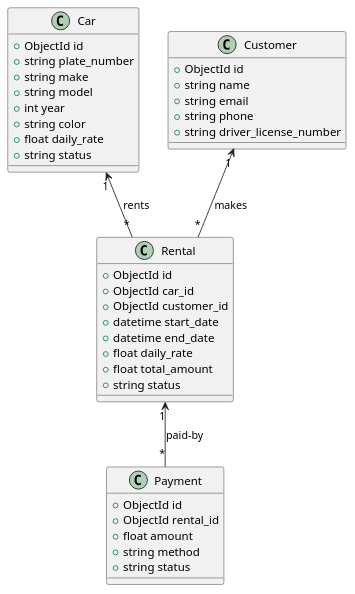
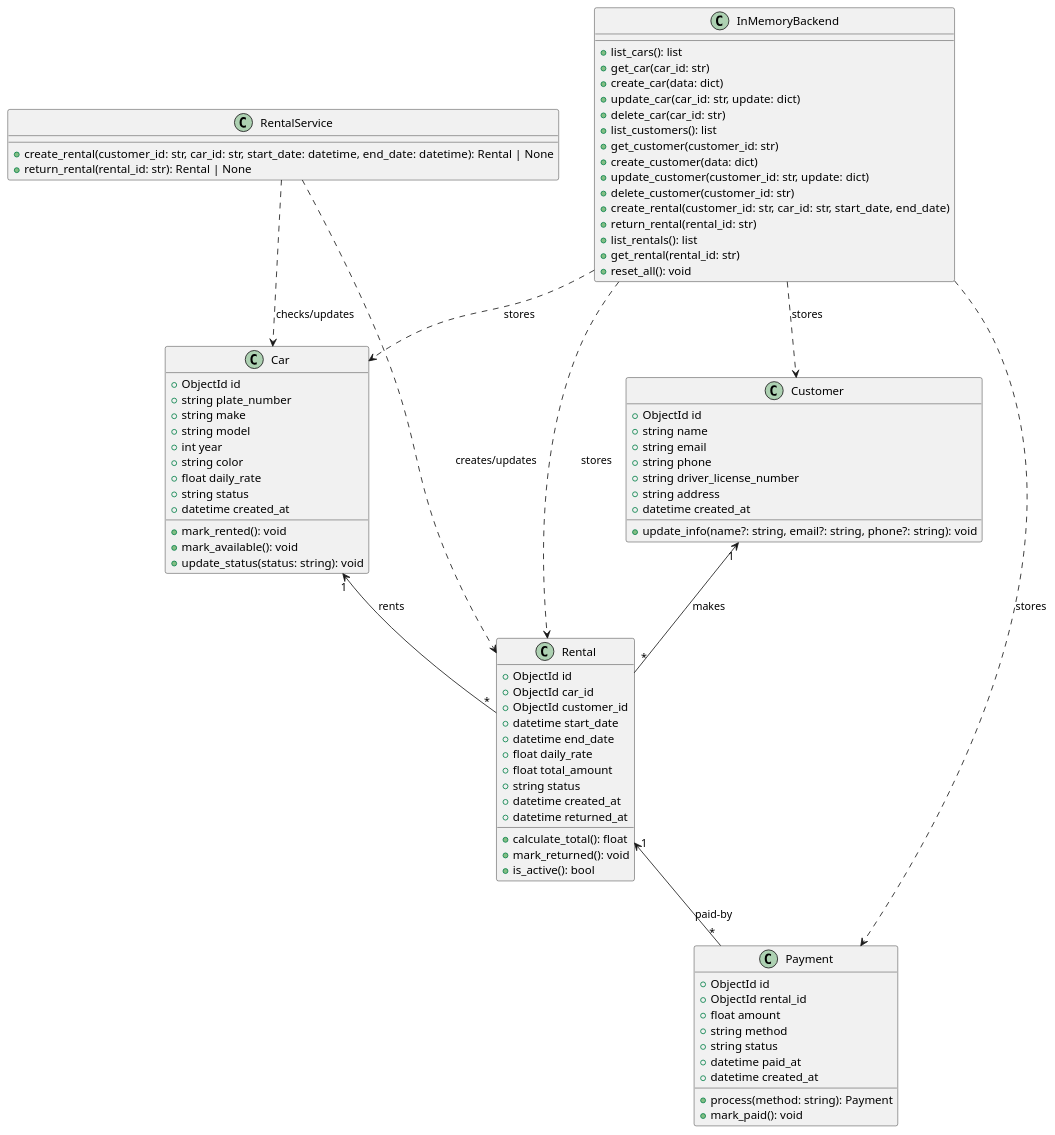
The diagram in docs/class_diagram.puml (edhyra/rental-mobil), drawn with PlantUML before and after one commit. The commit also changed 3 other files, not shown here.

```diff
--- a/docs/class_diagram.puml
+++ b/docs/class_diagram.puml
@@ -1,45 +1,91 @@
 @startuml
 
 class Car {
   +ObjectId id
   +string plate_number
   +string make
   +string model
   +int year
   +string color
   +float daily_rate
   +string status
+  +datetime created_at
+  +mark_rented(): void
+  +mark_available(): void
+  +update_status(status: string): void
 }
 
 class Customer {
   +ObjectId id
   +string name
   +string email
   +string phone
   +string driver_license_number
+  +string address
+  +datetime created_at
+  +update_info(name?: string, email?: string, phone?: string): void
 }
 
 class Rental {
   +ObjectId id
   +ObjectId car_id
   +ObjectId customer_id
   +datetime start_date
   +datetime end_date
   +float daily_rate
   +float total_amount
   +string status
+  +datetime created_at
+  +datetime returned_at
+  +calculate_total(): float
+  +mark_returned(): void
+  +is_active(): bool
 }
 
 class Payment {
   +ObjectId id
   +ObjectId rental_id
   +float amount
   +string method
   +string status
+  +datetime paid_at
+  +datetime created_at
+  +process(method: string): Payment
+  +mark_paid(): void
+}
+
+class RentalService {
+  +create_rental(customer_id: str, car_id: str, start_date: datetime, end_date: datetime): Rental | None
+  +return_rental(rental_id: str): Rental | None
+}
+
+class InMemoryBackend {
+  +list_cars(): list
+  +get_car(car_id: str)
+  +create_car(data: dict)
+  +update_car(car_id: str, update: dict)
+  +delete_car(car_id: str)
+  +list_customers(): list
+  +get_customer(customer_id: str)
+  +create_customer(data: dict)
+  +update_customer(customer_id: str, update: dict)
+  +delete_customer(customer_id: str)
+  +create_rental(customer_id: str, car_id: str, start_date, end_date)
+  +return_rental(rental_id: str)
+  +list_rentals(): list
+  +get_rental(rental_id: str)
+  +reset_all(): void
 }
 
 Car "1" <-- "*" Rental : rents
 Customer "1" <-- "*" Rental : makes
 Rental "1" <-- "*" Payment : paid-by
 
+RentalService ..> Car : checks/updates
+RentalService ..> Rental : creates/updates
+InMemoryBackend ..> Car : stores
+InMemoryBackend ..> Customer : stores
+InMemoryBackend ..> Rental : stores
+InMemoryBackend ..> Payment : stores
+
 @enduml
```
